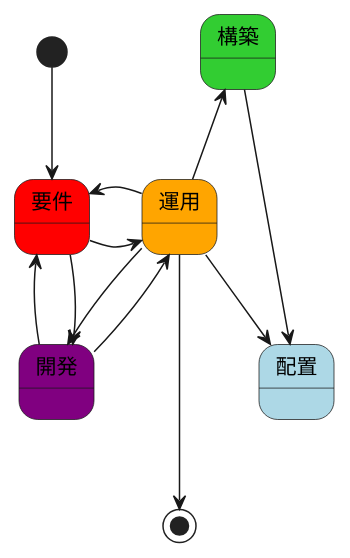
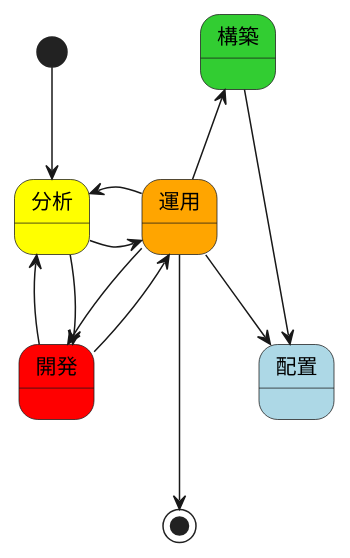
The first of 14 diagrams in docs/reference/開発ガイド.md (k2works/ai-programing-exercise), drawn with PlantUML before and after one commit. The commit also changed other lines of this file and 22 other files, not shown here.

````diff
--- a/docs/reference/開発ガイド.md
+++ b/docs/reference/開発ガイド.md
@@ -7,21 +12,21 @@
 ```plantuml
 @startuml
-[*] --> 要件
-要件 --> 開発
-要件 -right-> 運用
-運用 -left-> 要件
-開発 -left-> 要件
+[*] --> 分析
+分析 --> 開発
+分析 -right-> 運用
+運用 -left-> 分析
+開発 -left-> 分析
 開発 --> 運用
 運用 --> 開発
 運用 --> 配置
 運用 -up-> 構築
 構築 --> 配置
 運用 ---> [*]
 
-state 要件 #red
+state 分析 #yellow
 state 構築 #limegreen
 state 運用 #orange
-state 開発 #purple
+state 開発 #red
 state 配置 #lightblue
 @enduml
 ```
````
